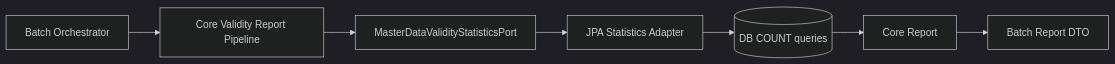
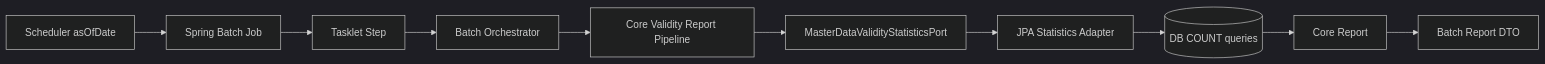
The fourth of 5 diagrams in master-data/docs/process-flow.md (skyg547/account), drawn with Mermaid (dark theme) before and after one commit. The commit also changed other lines of this file and 57 other files, not shown here.

Commit message:
GH-40: split master data executable modules

````diff
--- a/master-data/docs/process-flow.md
+++ b/master-data/docs/process-flow.md
@@ -103,9 +103,12 @@
 ```mermaid
 flowchart LR
-    A[Batch Orchestrator] --> B[Core Validity Report Pipeline]
-    B --> C[MasterDataValidityStatisticsPort]
-    C --> D[JPA Statistics Adapter]
-    D --> E[(DB COUNT queries)]
-    E --> F[Core Report]
-    F --> G[Batch Report DTO]
+    A[Scheduler asOfDate] --> B[Spring Batch Job]
+    B --> C[Tasklet Step]
+    C --> D[Batch Orchestrator]
+    D --> E[Core Validity Report Pipeline]
+    E --> F[MasterDataValidityStatisticsPort]
+    F --> G[JPA Statistics Adapter]
+    G --> H[(DB COUNT queries)]
+    H --> I[Core Report]
+    I --> J[Batch Report DTO]
 ```
````
